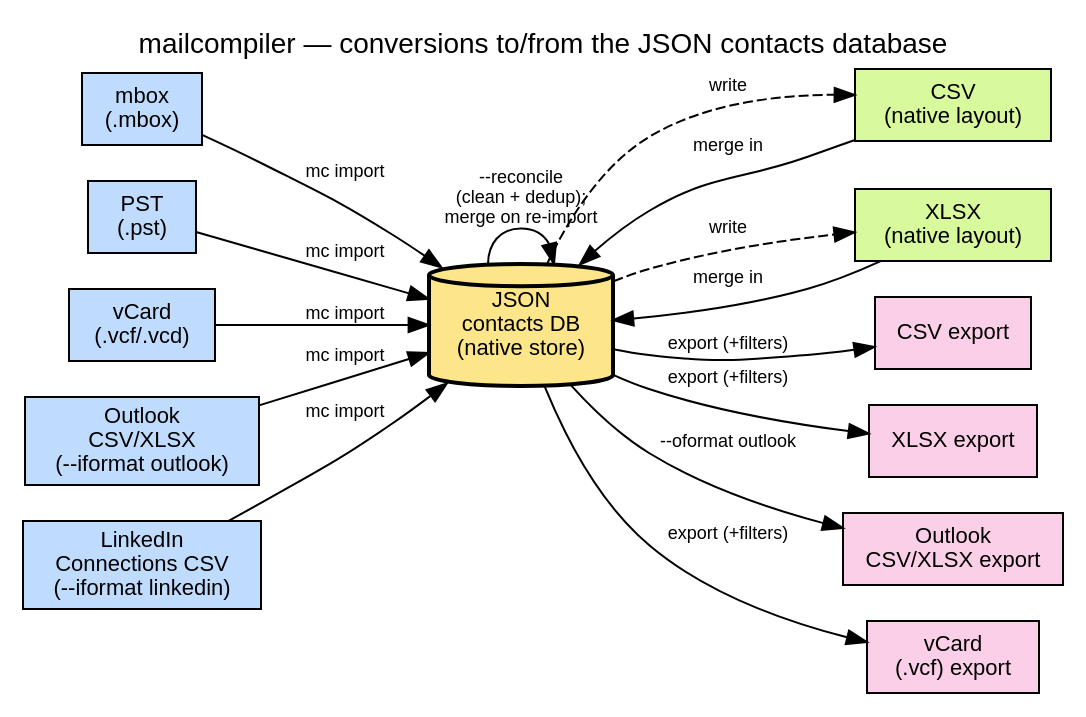
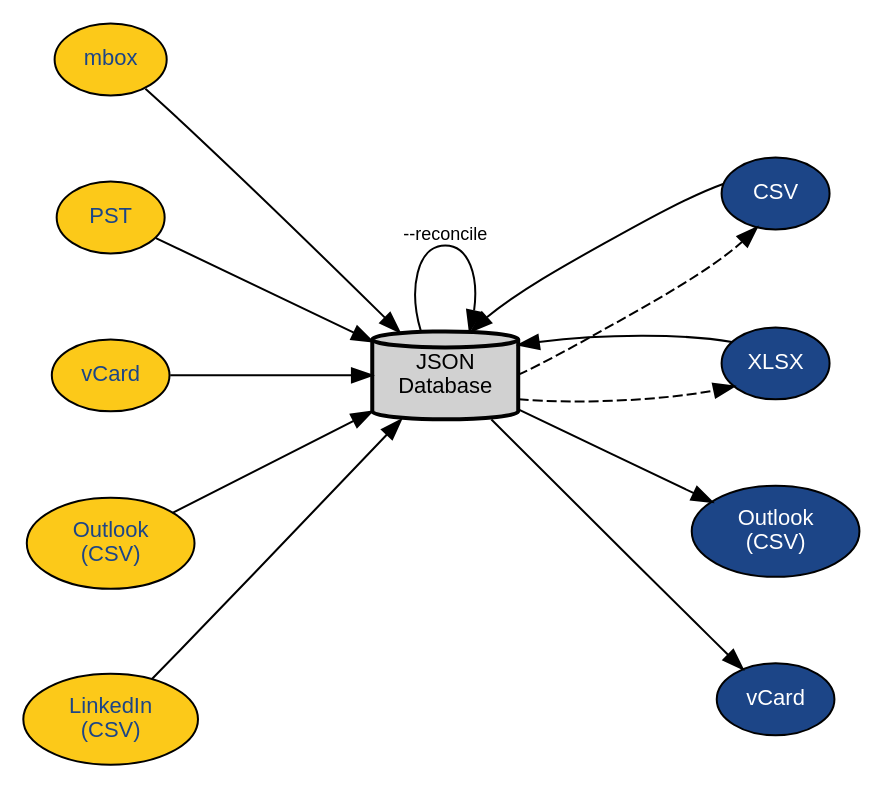
One commit to aolofsson/mailcompiler changed the diagram in docs/mc_arch.dot. Above: the diagram before and after it, drawn with Graphviz. The commit also changed 2 other files, not shown here.

Commit message:
Cleaning up diagram

```diff
--- a/docs/mc_arch.dot
+++ b/docs/mc_arch.dot
@@ -1,67 +1,64 @@
 // mailcompiler: all conversions to and from the native JSON contacts database.
 //
 // JSON is the native store. Mailboxes / vCard / Outlook / LinkedIn import INTO
 // it; csv/xlsx/outlook/vcard are export VIEWS out of it. csv and xlsx double as
 // interchangeable native DB layouts.
 //
 // Render:  ./docs/build_docs.sh
 //          (or: dot -Tsvg docs/mc_arch.dot -o docs/mc_arch.svg)
 
 digraph mailcompiler_conversions {
     rankdir=LR;
     fontname="Helvetica";
-    labelloc="t";
-    label="mailcompiler — conversions to/from the JSON contacts database";
+    // even vertical spread within each column, wide gap between columns
+    nodesep=0.6;
+    ranksep=1.2;
     node [fontname="Helvetica", style=filled, fontsize=11];
     edge [fontname="Helvetica", fontsize=9];
 
-    // --- the native database ---------------------------------------------
-    json [label="JSON\ncontacts DB\n(native store)",
-          shape=cylinder, fillcolor="#fde68a", penwidth=2];
+    // Two-tone palette taken from the header logo (docs/postverket):
+    //   yellow = inputs (left), blue = outputs (right), grey = the JSON DB.
 
-    // --- import sources (read-only inputs) -------------------------------
-    node [shape=box, fillcolor="#bfdbfe"];
-    mbox     [label="mbox\n(.mbox)"];
-    pst      [label="PST\n(.pst)"];
-    vcf_in   [label="vCard\n(.vcf/.vcd)"];
-    olk_in   [label="Outlook\nCSV/XLSX\n(--iformat outlook)"];
-    li_in    [label="LinkedIn\nConnections CSV\n(--iformat linkedin)"];
+    // --- the native database (grey, center) ------------------------------
+    json [label="JSON\n Database",
+          shape=cylinder, fillcolor="#d1d1d1", penwidth=2];
 
-    // --- native interchange layouts (both in and out) --------------------
-    node [shape=box, fillcolor="#d9f99d"];
-    csv_db   [label="CSV\n(native layout)"];
-    xlsx_db  [label="XLSX\n(native layout)"];
+    // --- import sources (yellow, left) -----------------------------------
+    node [shape=ellipse, fillcolor="#FCC919", fontcolor="#1C4587"];
+    mbox     [label="mbox"];
+    pst      [label="PST"];
+    vcf_in   [label="vCard"];
+    olk_in   [label="Outlook\n(CSV)"];
+    li_in    [label="LinkedIn\n(CSV)"];
 
-    // --- export-only targets ---------------------------------------------
-    node [shape=box, fillcolor="#fbcfe8"];
-    csv_out  [label="CSV export"];
-    xlsx_out [label="XLSX export"];
-    olk_out  [label="Outlook\nCSV/XLSX export"];
-    vcf_out  [label="vCard\n(.vcf) export"];
+    // --- native layouts (read/write) + export targets (blue, right) ------
+    node [shape=ellipse, fillcolor="#1C4587", fontcolor="white"];
+    csv_db   [label="CSV\n"];
+    xlsx_db  [label="XLSX\n"];
+    olk_out  [label="Outlook\n(CSV)"];
+    vcf_out  [label="vCard"];
 
     // === imports: build/merge contacts into the DB =======================
-    mbox   -> json [label="mc import"];
-    pst    -> json [label="mc import"];
-    vcf_in -> json [label="mc import"];
-    olk_in -> json [label="mc import"];
-    li_in  -> json [label="mc import"];
+    mbox   -> json;
+    pst    -> json;
+    vcf_in -> json;
+    olk_in -> json;
+    li_in  -> json;
 
     // === native layouts fold in / round-trip =============================
-    csv_db  -> json [label="merge in"];
-    xlsx_db -> json [label="merge in"];
-    json    -> csv_db  [label="write", style=dashed];
-    json    -> xlsx_db [label="write", style=dashed];
+    csv_db  -> json;
+    xlsx_db -> json;
+    json    -> csv_db  [style=dashed];
+    json    -> xlsx_db [style=dashed];
 
     // === reconcile + merge (json -> json, in place) ======================
-    json -> json [label="--reconcile\n(clean + dedup);\nmerge on re-import"];
+    json -> json [label="--reconcile"];
 
     // === exports: filtered views out of the DB ===========================
-    json -> csv_out  [label="export (+filters)"];
-    json -> xlsx_out [label="export (+filters)"];
-    json -> olk_out  [label="--oformat outlook"];
-    json -> vcf_out  [label="export (+filters)"];
+    json -> olk_out;
+    json -> vcf_out;
 
-    // layout grouping
+    // layout grouping: one aligned column per side
     { rank=same; mbox; pst; vcf_in; olk_in; li_in; }
-    { rank=same; csv_out; xlsx_out; olk_out; vcf_out; }
+    { rank=same; csv_db; xlsx_db; olk_out; vcf_out; }
 }
```
